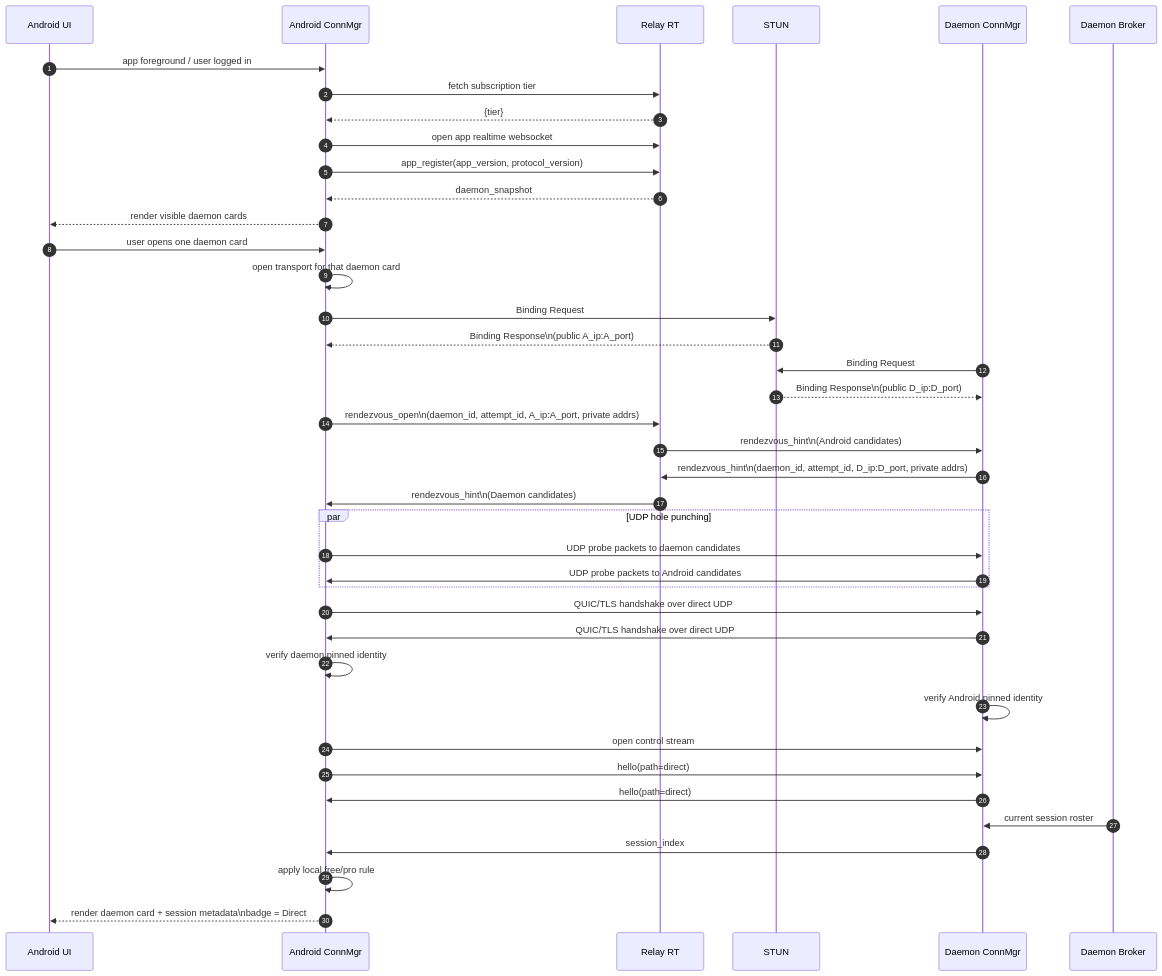
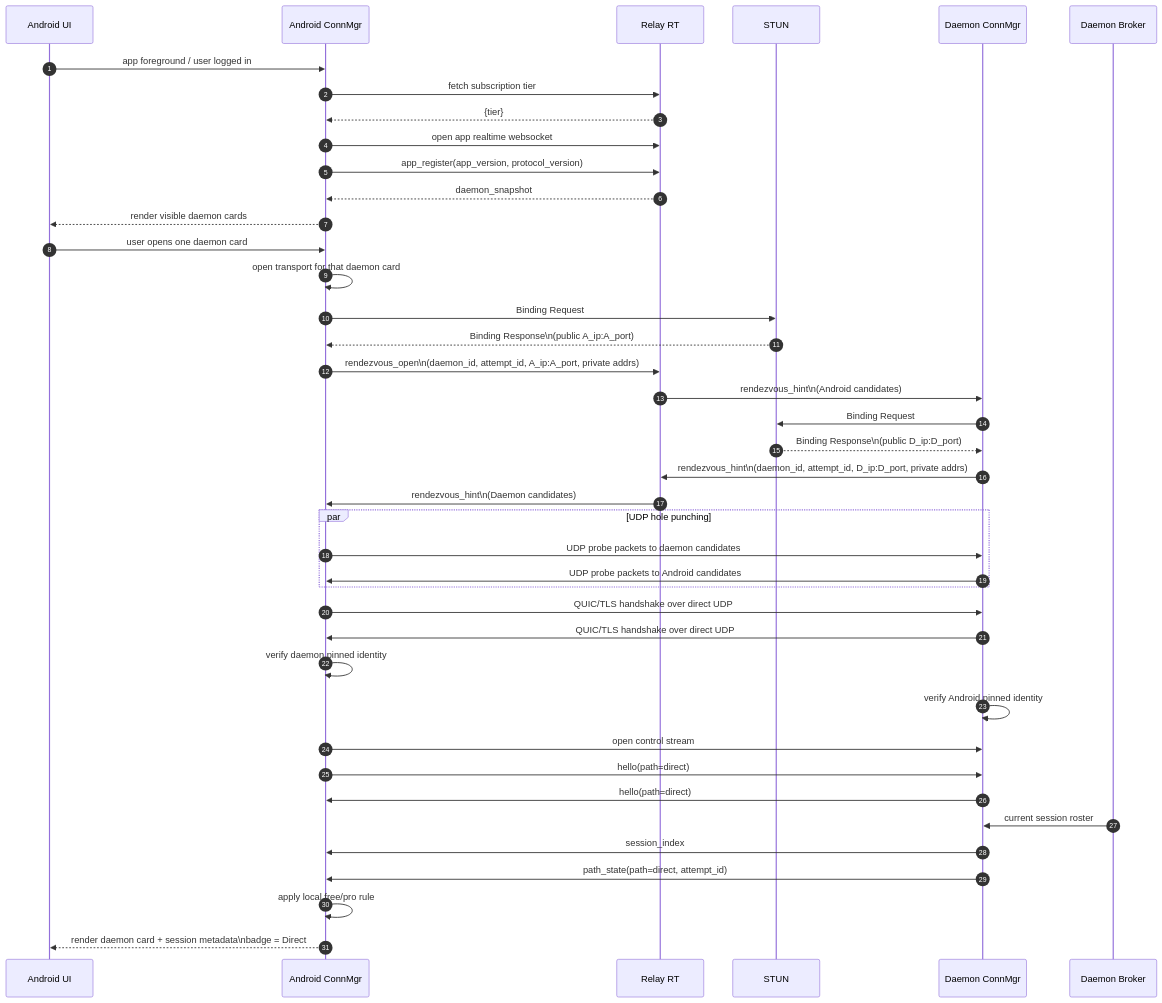
Before and after one commit to yuanbohan/agent-tunnel: the third of 8 diagrams in docs/connectivity/reference/sequence-flows.md, drawn with Mermaid. The commit also changed other lines of this file and 66 other files, not shown here.

First line of the commit message:
feat(connectivity): add direct STUN path selection (#99)

````diff
--- a/docs/connectivity/reference/sequence-flows.md
+++ b/docs/connectivity/reference/sequence-flows.md
@@ -107,49 +107,49 @@
 ```mermaid
 sequenceDiagram
     autonumber
     participant AndroidUI as Android UI
     participant AndroidConn as Android ConnMgr
     participant RelayRT as Relay RT
     participant STUN
     participant DaemonConn as Daemon ConnMgr
     participant DaemonBroker as Daemon Broker
 
     AndroidUI->>AndroidConn: app foreground / user logged in
     AndroidConn->>RelayRT: fetch subscription tier
     RelayRT-->>AndroidConn: {tier}
     AndroidConn->>RelayRT: open app realtime websocket
     AndroidConn->>RelayRT: app_register(app_version, protocol_version)
     RelayRT-->>AndroidConn: daemon_snapshot
     AndroidConn-->>AndroidUI: render visible daemon cards
 
     AndroidUI->>AndroidConn: user opens one daemon card
     AndroidConn->>AndroidConn: open transport for that daemon card
     AndroidConn->>STUN: Binding Request
     STUN-->>AndroidConn: Binding Response\n(public A_ip:A_port)
 
+    AndroidConn->>RelayRT: rendezvous_open\n(daemon_id, attempt_id, A_ip:A_port, private addrs)
+    RelayRT->>DaemonConn: rendezvous_hint\n(Android candidates)
     DaemonConn->>STUN: Binding Request
     STUN-->>DaemonConn: Binding Response\n(public D_ip:D_port)
-
-    AndroidConn->>RelayRT: rendezvous_open\n(daemon_id, attempt_id, A_ip:A_port, private addrs)
-    RelayRT->>DaemonConn: rendezvous_hint\n(Android candidates)
     DaemonConn->>RelayRT: rendezvous_hint\n(daemon_id, attempt_id, D_ip:D_port, private addrs)
     RelayRT->>AndroidConn: rendezvous_hint\n(Daemon candidates)
 
     par UDP hole punching
         AndroidConn->>DaemonConn: UDP probe packets to daemon candidates
         DaemonConn->>AndroidConn: UDP probe packets to Android candidates
     end
 
     AndroidConn->>DaemonConn: QUIC/TLS handshake over direct UDP
     DaemonConn->>AndroidConn: QUIC/TLS handshake over direct UDP
     AndroidConn->>AndroidConn: verify daemon pinned identity
     DaemonConn->>DaemonConn: verify Android pinned identity
 
     AndroidConn->>DaemonConn: open control stream
     AndroidConn->>DaemonConn: hello(path=direct)
     DaemonConn->>AndroidConn: hello(path=direct)
     DaemonBroker->>DaemonConn: current session roster
     DaemonConn->>AndroidConn: session_index
+    DaemonConn->>AndroidConn: path_state(path=direct, attempt_id)
     AndroidConn->>AndroidConn: apply local free/pro rule
     AndroidConn-->>AndroidUI: render daemon card + session metadata\nbadge = Direct
 ```
````
